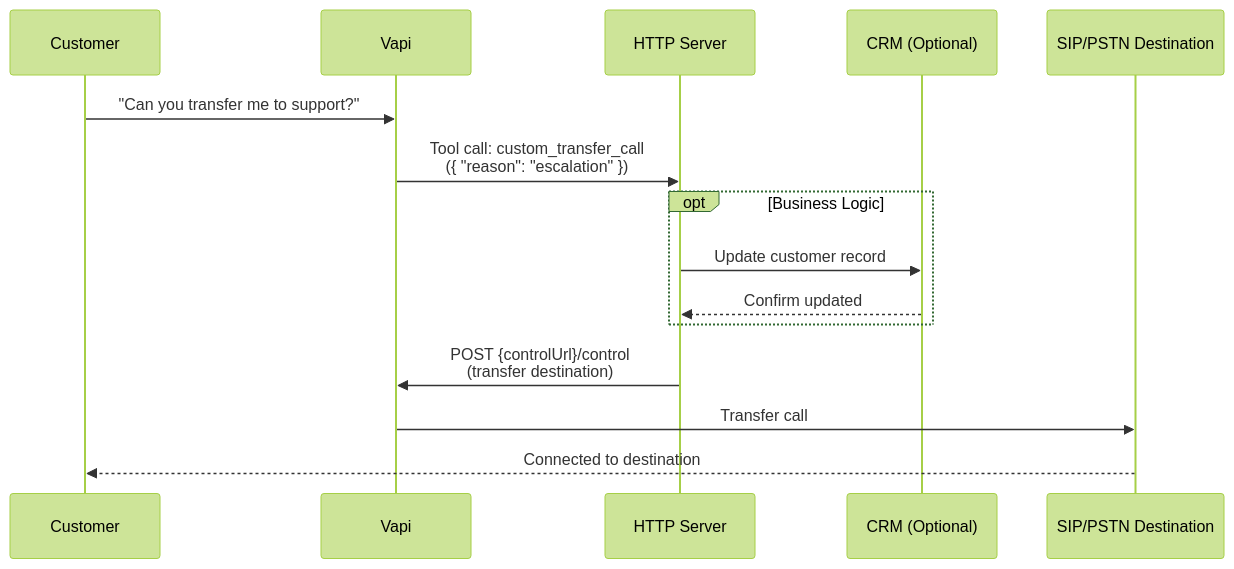
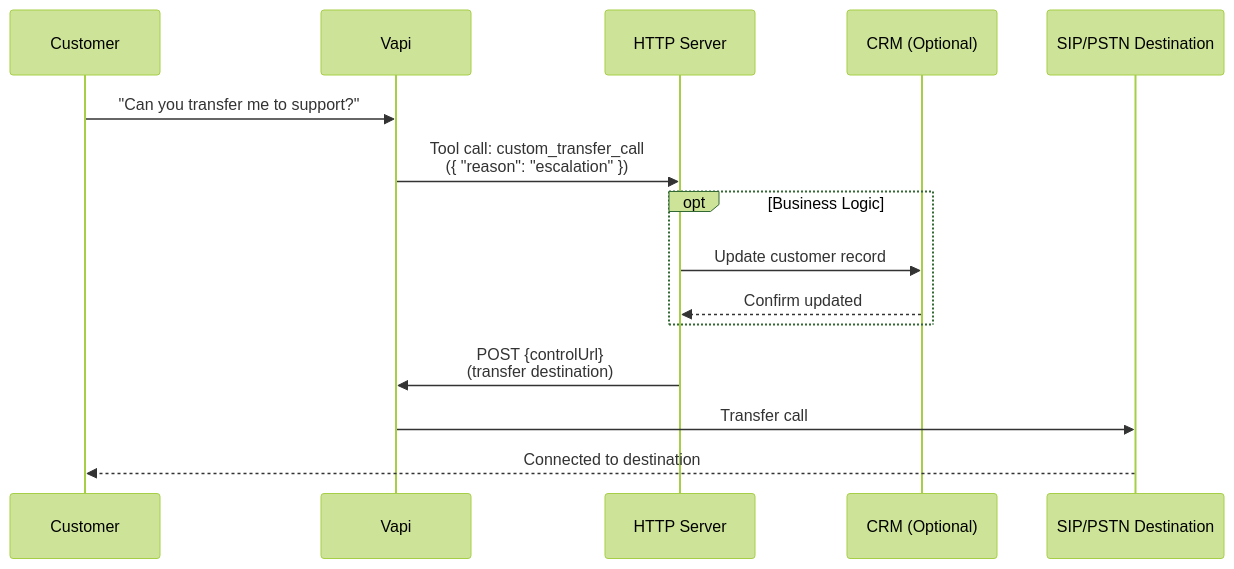
One commit to VapiAI/docs changed the diagram in fern/calls/call-dynamic-transfers.mdx. Above: the diagram before and after it, drawn with Mermaid (forest theme). The commit also changed other lines of this file and 19 other files, not shown here.

````diff
--- a/fern/calls/call-dynamic-transfers.mdx
+++ b/fern/calls/call-dynamic-transfers.mdx
@@ -49,22 +49,22 @@
 ```mermaid
 sequenceDiagram
     participant Customer
     participant Vapi
     participant Server as HTTP Server
     participant CRM as CRM (Optional)
     participant Dest as SIP/PSTN Destination
 
     Customer->>Vapi: "Can you transfer me to support?"
     
     Vapi->>Server: Tool call: custom_transfer_call<br/>({ "reason": "escalation" })
     
     opt Business Logic
         Server->>CRM: Update customer record
         CRM-->>Server: Confirm updated
     end
     
-    Server->>Vapi: POST {controlUrl}/control<br/>(transfer destination)
+    Server->>Vapi: POST {controlUrl}<br/>(transfer destination)
     
     Vapi->>Dest: Transfer call
     Dest-->>Customer: Connected to destination
 ```
````
